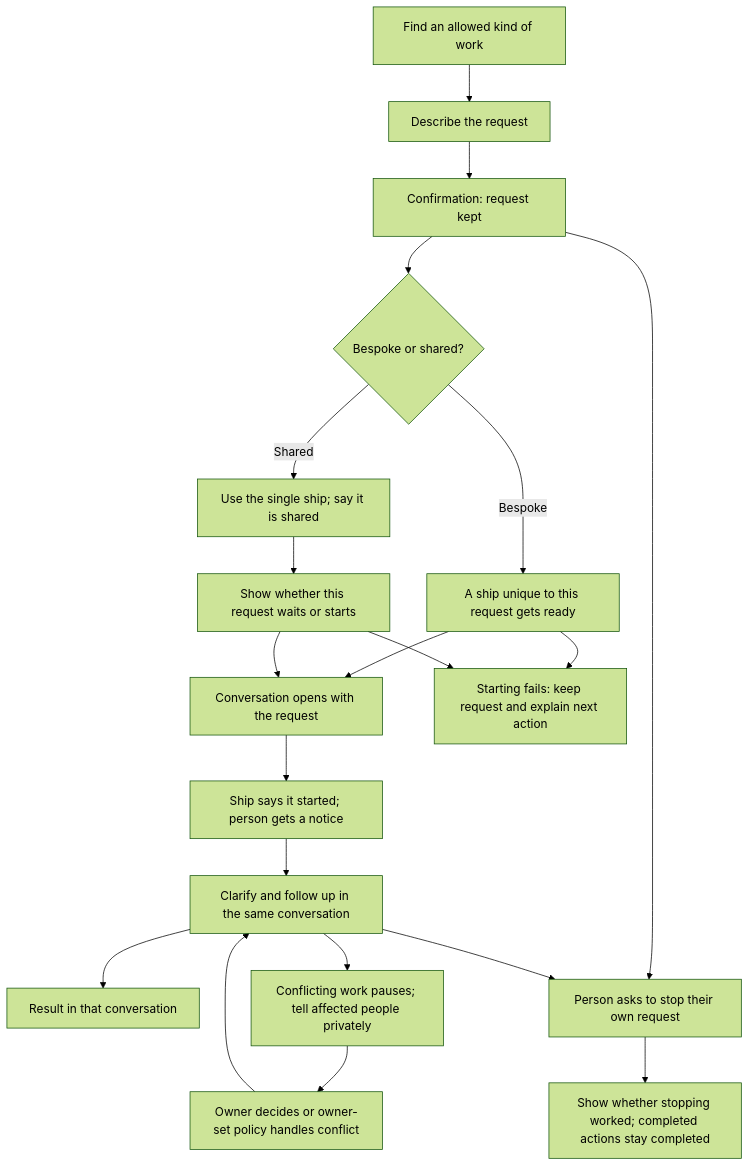
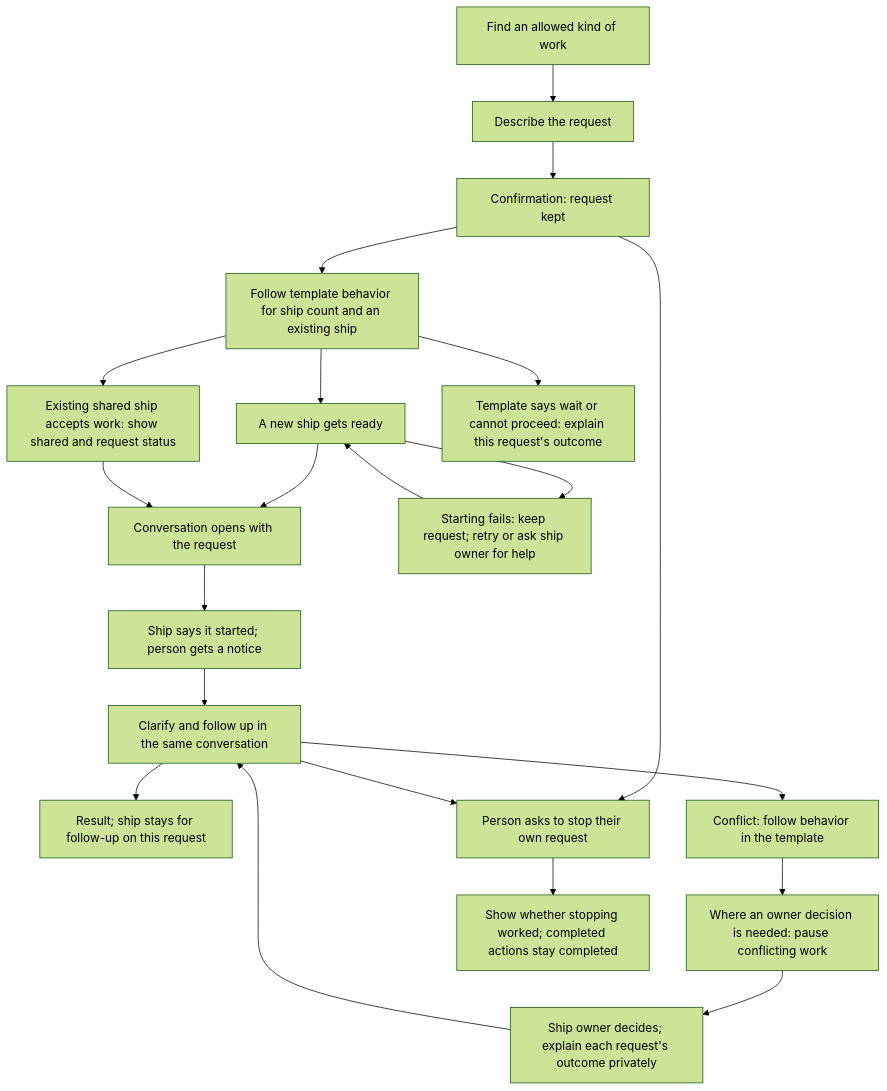
One commit to ThomasHendrickx/aeolus-fleet-squadrons changed the second of 2 diagrams in docs/design/asking-for-a-ship/asking-for-a-ship.md. Above: the diagram before and after it, drawn with Mermaid (forest theme). The commit also changed other lines of this file, not shown here.

Commit message:
docs: reconcile template behavior and ownership in the journey

````diff
--- a/docs/design/asking-for-a-ship/asking-for-a-ship.md
+++ b/docs/design/asking-for-a-ship/asking-for-a-ship.md
@@ -151,22 +154,23 @@
 ```mermaid
 flowchart TD
     A[Find an allowed kind of work] --> B[Describe the request]
     B --> C[Confirmation: request kept]
-    C --> D{Bespoke or shared?}
-    D -->|Bespoke| E[A ship unique to this request gets ready]
-    D -->|Shared| F[Use the single ship; say it is shared]
-    F --> G[Show whether this request waits or starts]
+    C --> D[Follow template behavior for ship count and an existing ship]
+    D --> E[A new ship gets ready]
+    D --> F[Existing shared ship accepts work: show shared and request status]
+    D --> W[Template says wait or cannot proceed: explain this request's outcome]
     E --> H[Conversation opens with the request]
-    G --> H
+    F --> H
     H --> I[Ship says it started; person gets a notice]
     I --> J[Clarify and follow up in the same conversation]
-    J --> K[Result in that conversation]
-    E --> L[Starting fails: keep request and explain next action]
-    G --> L
-    J --> M[Conflicting work pauses; tell affected people privately]
-    M --> N[Owner decides or owner-set policy handles conflict]
-    N --> J
+    J --> K[Result; ship stays for follow-up on this request]
+    E --> L[Starting fails: keep request; retry or ask ship owner for help]
+    L --> E
+    J --> M[Conflict: follow behavior in the template]
+    M --> N[Where an owner decision is needed: pause conflicting work]
+    N --> R[Ship owner decides; explain each request's outcome privately]
+    R --> J
     C --> O[Person asks to stop their own request]
     J --> O
     O --> P[Show whether stopping worked; completed actions stay completed]
 ```
````
